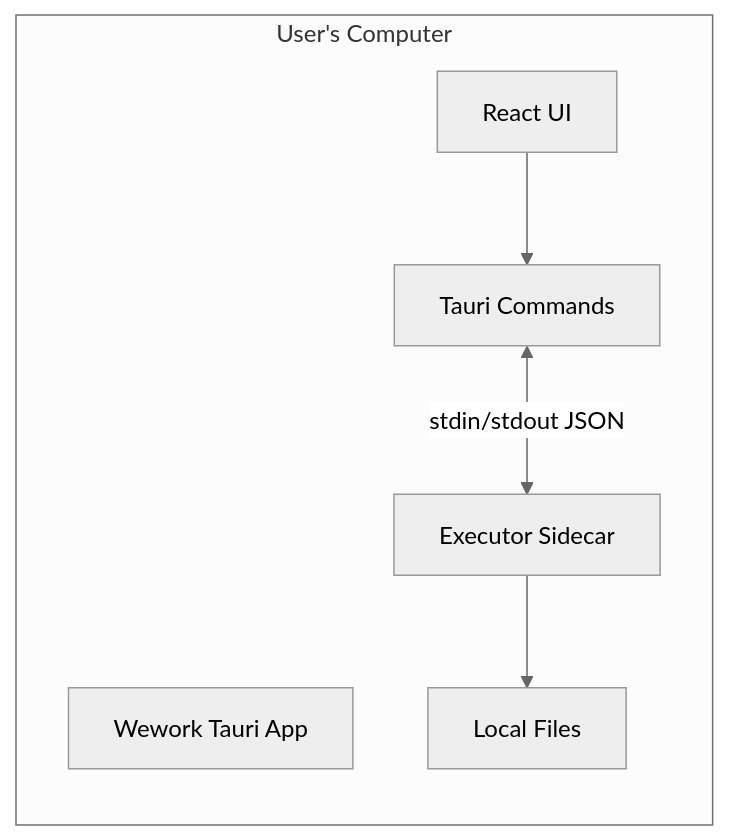
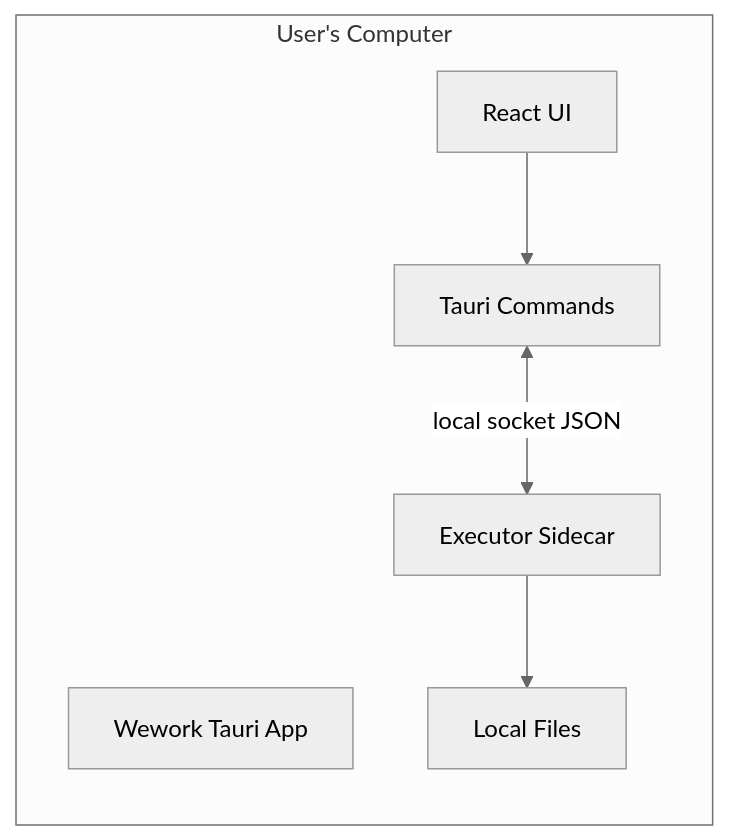
One commit to wecode-ai/Wegent changed the second of 8 diagrams in docs/en/developer-guide/local-device-architecture.md. Above: the diagram before and after it, drawn with Mermaid (neutral theme). The commit also changed other lines of this file and 58 other files, not shown here.

````diff
--- a/docs/en/developer-guide/local-device-architecture.md
+++ b/docs/en/developer-guide/local-device-architecture.md
@@ -43,14 +43,14 @@
 ```mermaid
 flowchart LR
     subgraph "User's Computer"
         APP["Wework Tauri App"]
         UI["React UI"]
         TAURI["Tauri Commands"]
         EX["Executor Sidecar"]
         FS["Local Files"]
     end
 
     UI --> TAURI
-    TAURI <-->|"stdin/stdout JSON"| EX
+    TAURI <-->|"local socket JSON"| EX
     EX --> FS
 ```
````
